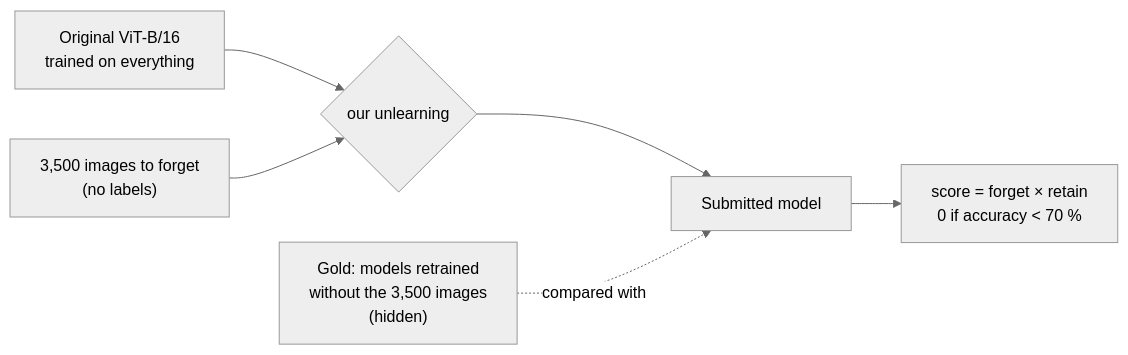
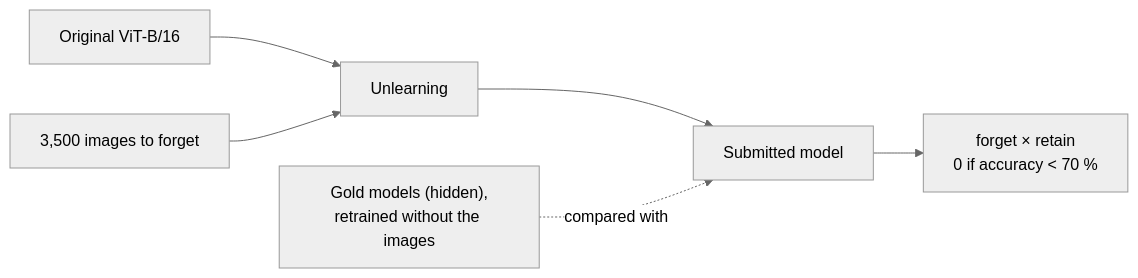
One commit to no0e/European_ai_championship changed the first of 2 diagrams in task3/README.md. Above: the diagram before and after it, drawn with Mermaid (neutral theme). The commit also changed other lines of this file and 17 other files, not shown here.

````diff
--- a/task3/README.md
+++ b/task3/README.md
@@ -12,8 +12,8 @@
 ```mermaid
 flowchart LR
-    O["Original ViT-B/16<br/>trained on everything"] --> U{"our unlearning"}
-    F["3,500 images to forget<br/>(no labels)"] --> U
+    O["Original ViT-B/16"] --> U["Unlearning"]
+    F["3,500 images to forget"] --> U
     U --> S["Submitted model"]
-    G["Gold: models retrained<br/>without the 3,500 images<br/>(hidden)"] -.->|compared with| S
-    S --> SC["score = forget × retain<br/>0 if accuracy < 70 %"]
+    G["Gold models (hidden),<br/>retrained without the images"] -.->|compared with| S
+    S --> SC["forget × retain<br/>0 if accuracy < 70 %"]
 ```
````
